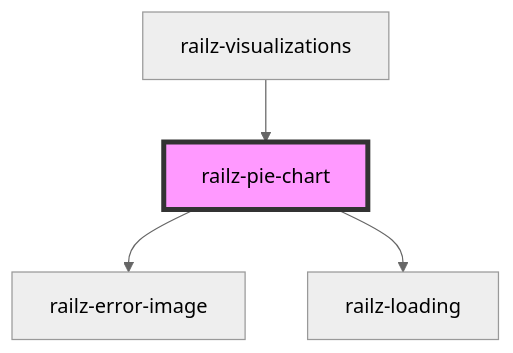
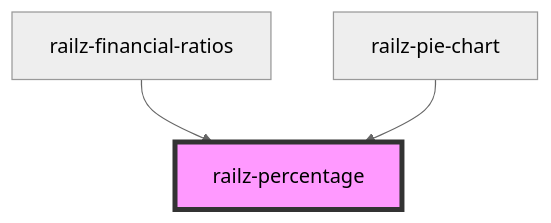
The diagram in packages/components/src/elements/percentage/readme.md (railz-ai/railz-visualizations), drawn with Mermaid (neutral theme) before and after one commit. The commit also changed other lines of this file and 23 other files, not shown here.

````diff
--- a/packages/components/src/elements/percentage/readme.md
+++ b/packages/components/src/elements/percentage/readme.md
@@ -26,7 +20,6 @@
 ```mermaid
 graph TD;
-  railz-pie-chart --> railz-error-image
-  railz-pie-chart --> railz-loading
-  railz-visualizations --> railz-pie-chart
-  style railz-pie-chart fill:#f9f,stroke:#333,stroke-width:4px
+  railz-financial-ratios --> railz-percentage
+  railz-pie-chart --> railz-percentage
+  style railz-percentage fill:#f9f,stroke:#333,stroke-width:4px
 ```
````
